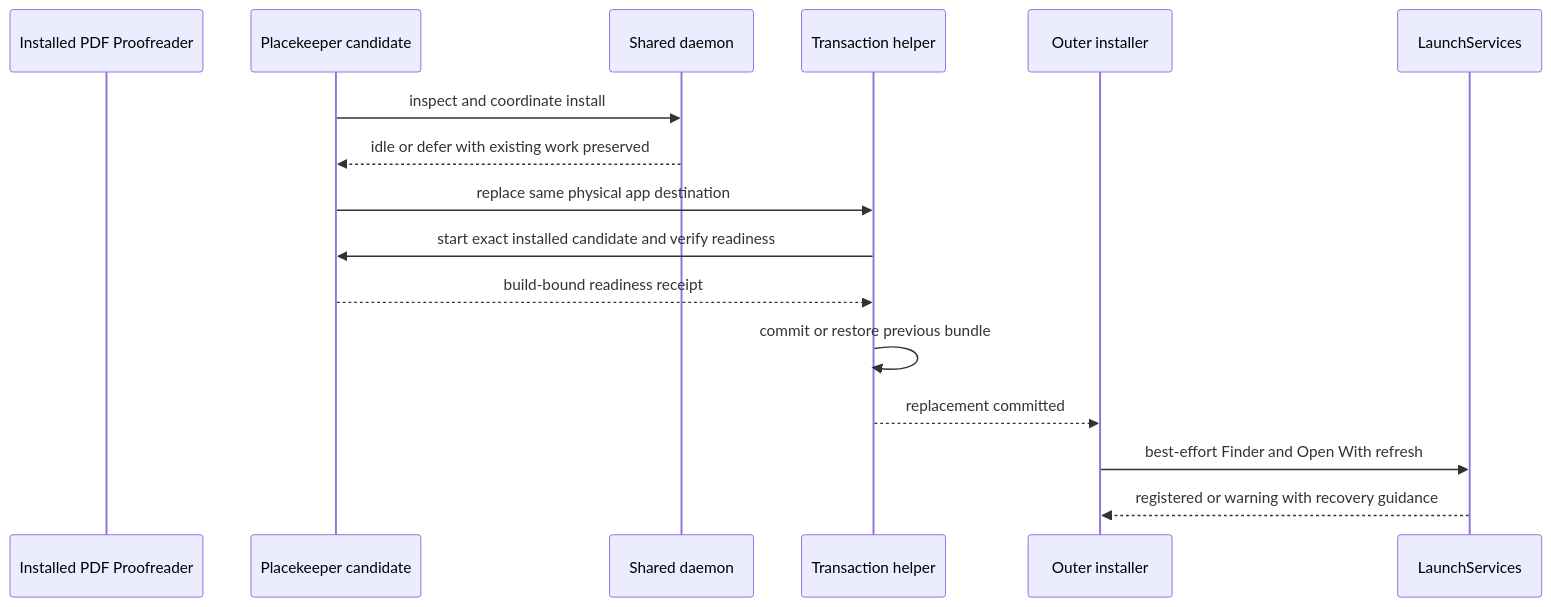
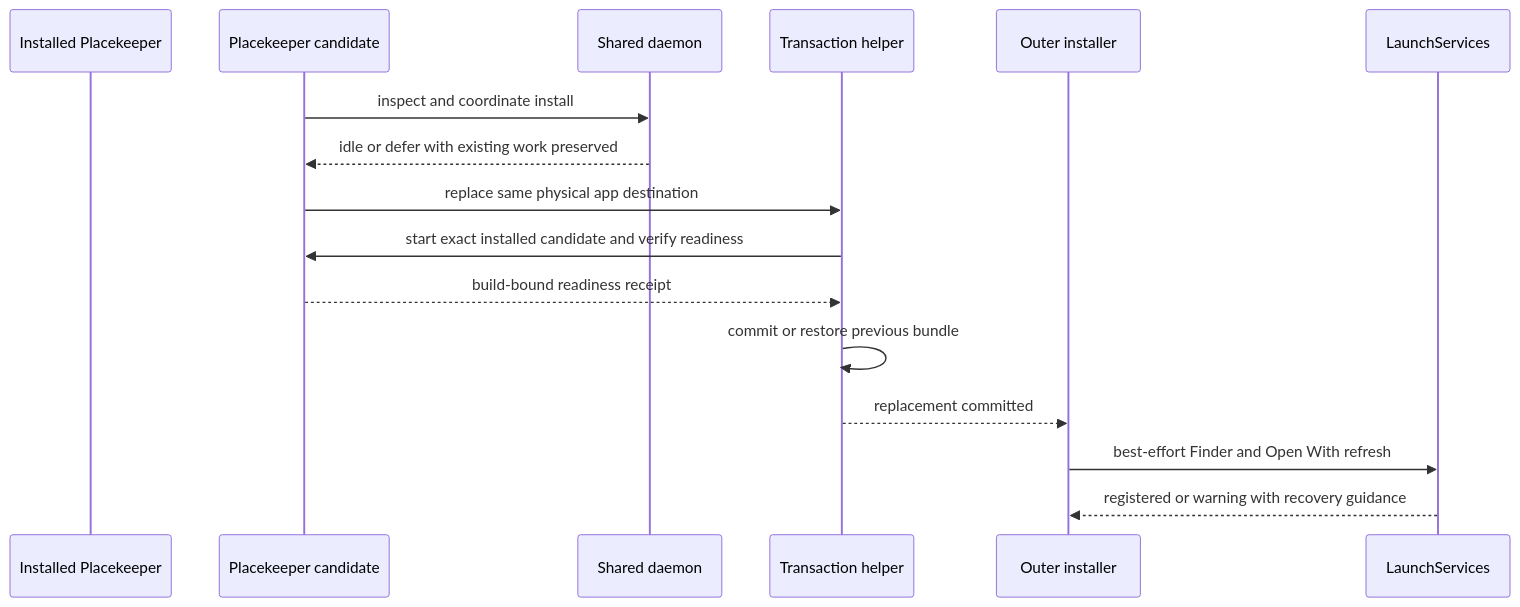
The second of 3 diagrams in docs/plans/2026-08-12-003-feat-placekeeper-rebrand-plan.md (brad-ross/placekeeper), drawn with Mermaid before and after one commit. The commit also changed other lines of this file and 107 other files, not shown here.

````diff
--- a/docs/plans/2026-08-12-003-feat-placekeeper-rebrand-plan.md
+++ b/docs/plans/2026-08-12-003-feat-placekeeper-rebrand-plan.md
@@ -191,18 +198,18 @@
 ```mermaid
 sequenceDiagram
-  participant Old as Installed PDF Proofreader
+  participant Old as Installed Placekeeper
   participant Candidate as Placekeeper candidate
   participant Daemon as Shared daemon
   participant Tx as Transaction helper
   participant Installer as Outer installer
   participant LS as LaunchServices
   Candidate->>Daemon: inspect and coordinate install
   Daemon-->>Candidate: idle or defer with existing work preserved
   Candidate->>Tx: replace same physical app destination
   Tx->>Candidate: start exact installed candidate and verify readiness
   Candidate-->>Tx: build-bound readiness receipt
   Tx->>Tx: commit or restore previous bundle
   Tx-->>Installer: replacement committed
   Installer->>LS: best-effort Finder and Open With refresh
   LS-->>Installer: registered or warning with recovery guidance
 ```
````
